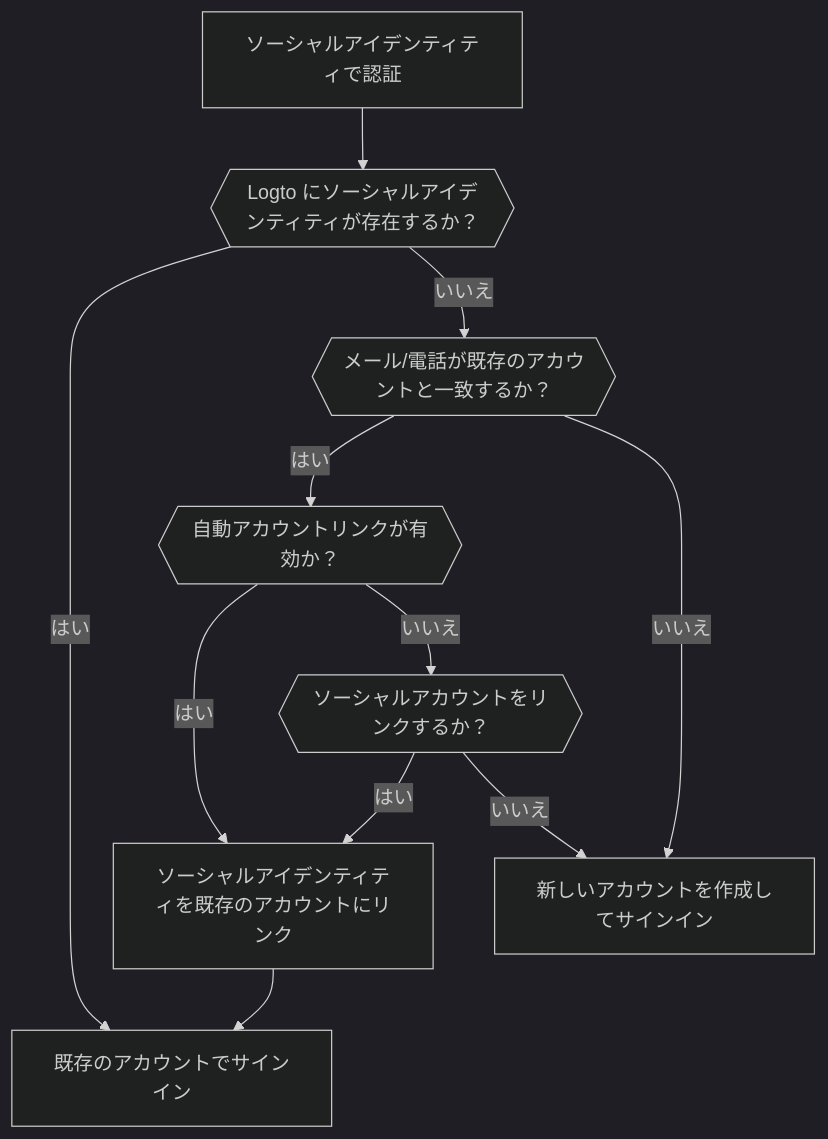
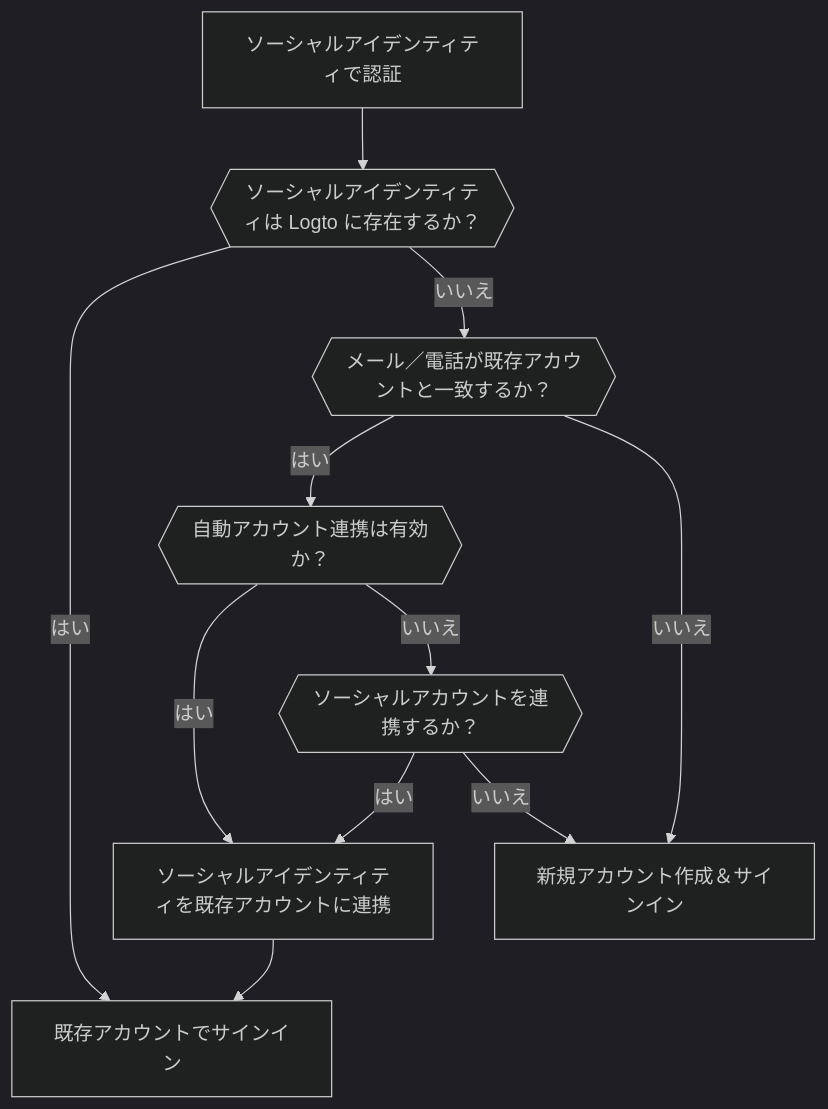
Before and after one commit to logto-io/docs: the second of 6 diagrams in i18n/ja/docusaurus-plugin-content-docs/current/end-user-flows/sign-up-and-sign-in/social-sign-in.mdx, drawn with Mermaid (dark theme). The commit also changed other lines of this file and 59 other files, not shown here.

````diff
--- a/i18n/ja/docusaurus-plugin-content-docs/current/end-user-flows/sign-up-and-sign-in/social-sign-in.mdx
+++ b/i18n/ja/docusaurus-plugin-content-docs/current/end-user-flows/sign-up-and-sign-in/social-sign-in.mdx
@@ -113,13 +86,13 @@
     ```mermaid
     flowchart TD
-    A[ソーシャルアイデンティティで認証] --> B{{Logto にソーシャルアイデンティティが存在するか？}}
-    B -- はい --> C[既存のアカウントでサインイン]
-    B -- いいえ --> D{{メール/電話が既存のアカウントと一致するか？}}
-    D -- はい --> E{{自動アカウントリンクが有効か？}}
-    E -- はい --> G[ソーシャルアイデンティティを既存のアカウントにリンク]
+    A[ソーシャルアイデンティティで認証] --> B{{ソーシャルアイデンティティは Logto に存在するか？}}
+    B -- はい --> C[既存アカウントでサインイン]
+    B -- いいえ --> D{{メール／電話が既存アカウントと一致するか？}}
+    D -- はい --> E{{自動アカウント連携は有効か？}}
+    E -- はい --> G[ソーシャルアイデンティティを既存アカウントに連携]
     G --> C
-    D -- いいえ --> H[新しいアカウントを作成してサインイン]
-    E -- いいえ --> I{{ソーシャルアカウントをリンクするか？}}
+    D -- いいえ --> H[新規アカウント作成＆サインイン]
+    E -- いいえ --> I{{ソーシャルアカウントを連携するか？}}
     I -- はい --> G
     I -- いいえ --> H
     ```
````
